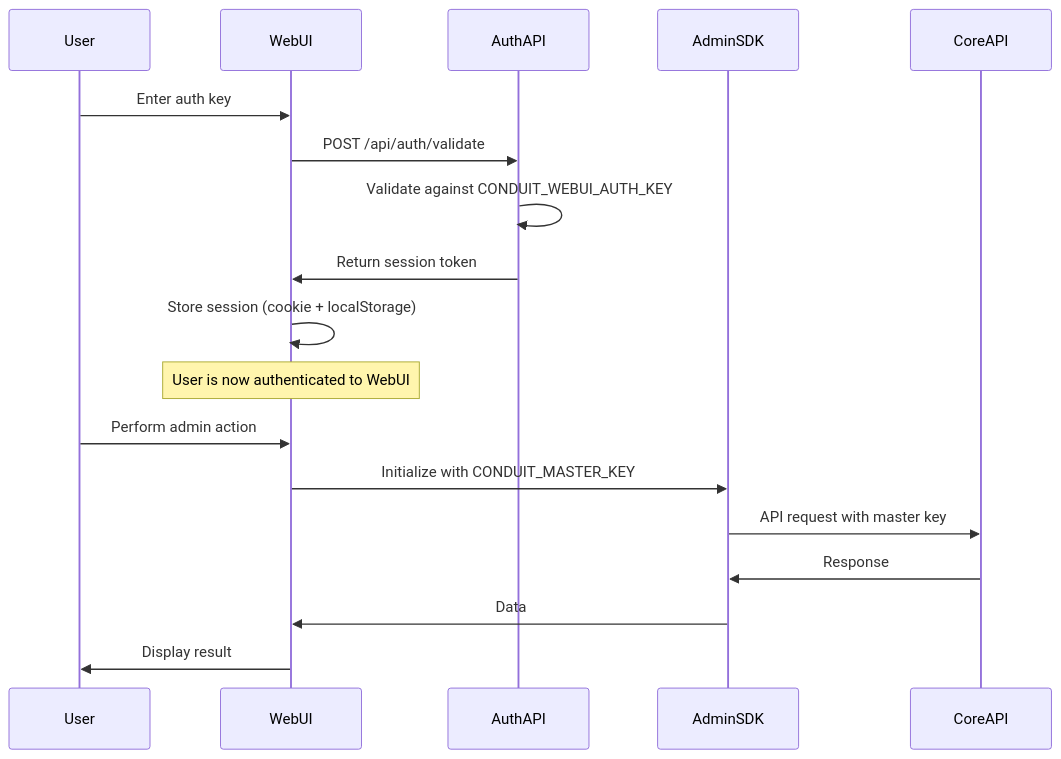
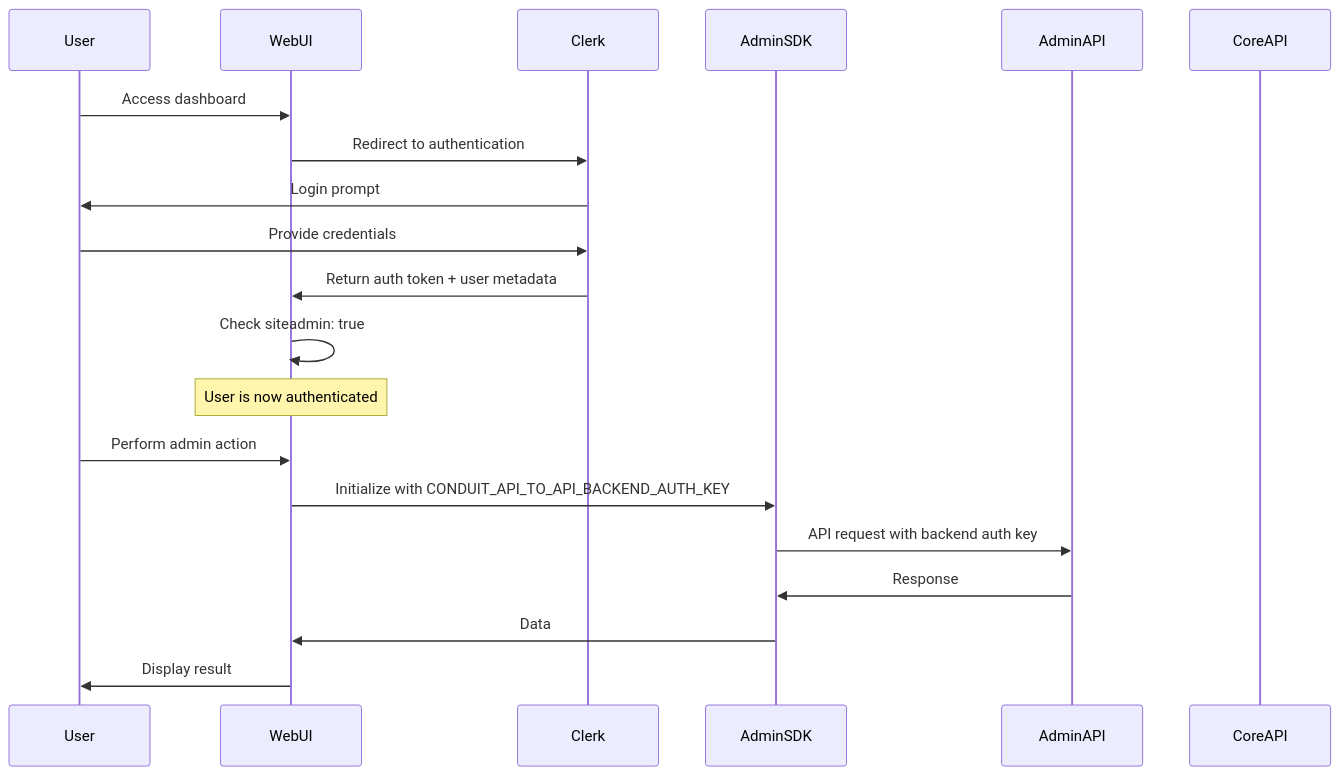
Before and after one commit to knnlabs/Conduit: the diagram in SDKs/Node/Admin/docs/webui-authentication.md, drawn with Mermaid. The commit also changed other lines of this file and 55 other files, not shown here.

Commit message:
refactor: remove old password-based authentication from WebUI. We're all-in on Clerk.

````diff
--- a/SDKs/Node/Admin/docs/webui-authentication.md
+++ b/SDKs/Node/Admin/docs/webui-authentication.md
@@ -23,23 +23,25 @@
 ```mermaid
 sequenceDiagram
     participant User
     participant WebUI
-    participant AuthAPI
+    participant Clerk
     participant AdminSDK
+    participant AdminAPI
     participant CoreAPI
 
-    User->>WebUI: Enter auth key
-    WebUI->>AuthAPI: POST /api/auth/validate
-    AuthAPI->>AuthAPI: Validate against CONDUIT_WEBUI_AUTH_KEY
-    AuthAPI->>WebUI: Return session token
-    WebUI->>WebUI: Store session (cookie + localStorage)
+    User->>WebUI: Access dashboard
+    WebUI->>Clerk: Redirect to authentication
+    Clerk->>User: Login prompt
+    User->>Clerk: Provide credentials
+    Clerk->>WebUI: Return auth token + user metadata
+    WebUI->>WebUI: Check siteadmin: true
     
-    Note over WebUI: User is now authenticated to WebUI
+    Note over WebUI: User is now authenticated
     
     User->>WebUI: Perform admin action
-    WebUI->>AdminSDK: Initialize with CONDUIT_MASTER_KEY
-    AdminSDK->>CoreAPI: API request with master key
-    CoreAPI->>AdminSDK: Response
+    WebUI->>AdminSDK: Initialize with CONDUIT_API_TO_API_BACKEND_AUTH_KEY
+    AdminSDK->>AdminAPI: API request with backend auth key
+    AdminAPI->>AdminSDK: Response
     AdminSDK->>WebUI: Data
     WebUI->>User: Display result
 ```
````
